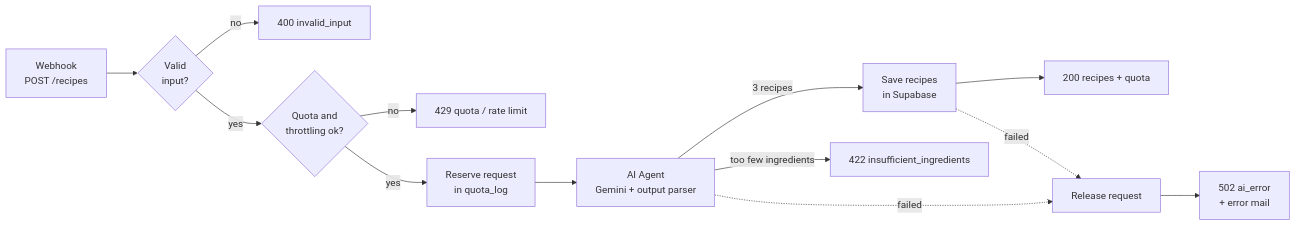
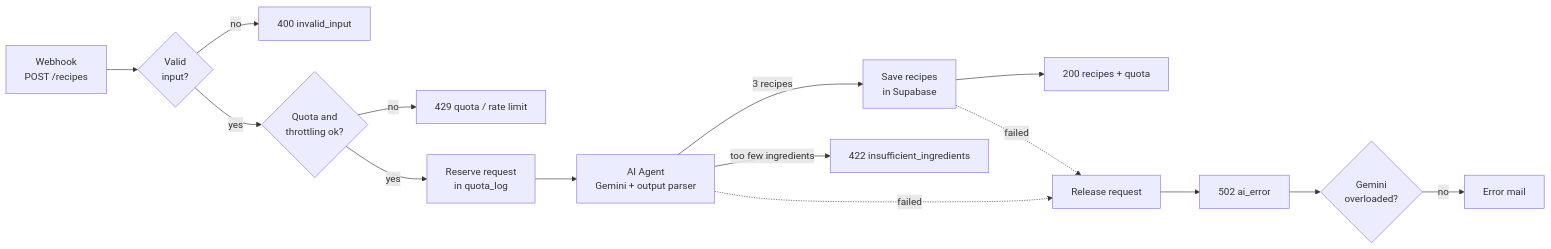
Before and after one commit to AngeloDevLab/code-a-cuisine: the diagram in n8n/README.md, drawn with Mermaid. The commit also changed other lines of this file and 3 other files, not shown here.

````diff
--- a/n8n/README.md
+++ b/n8n/README.md
@@ -14,15 +14,17 @@
 ```mermaid
 flowchart LR
     hook["Webhook<br/>POST /recipes"] --> valid{"Valid<br/>input?"}
     valid -->|no| e400["400 invalid_input"]
     valid -->|yes| limits{"Quota and<br/>throttling ok?"}
     limits -->|no| e429["429 quota / rate limit"]
     limits -->|yes| reserve["Reserve request<br/>in quota_log"]
     reserve --> agent["AI Agent<br/>Gemini + output parser"]
     agent -->|3 recipes| save["Save recipes<br/>in Supabase"]
     save --> ok["200 recipes + quota"]
     agent -->|too few ingredients| e422["422 insufficient_ingredients"]
     agent -.->|failed| release["Release request"]
     save -.->|failed| release
-    release --> e502["502 ai_error<br/>+ error mail"]
+    release --> e502["502 ai_error"]
+    e502 --> temp{"Gemini<br/>overloaded?"}
+    temp -->|no| mail["Error mail"]
 ```
````
